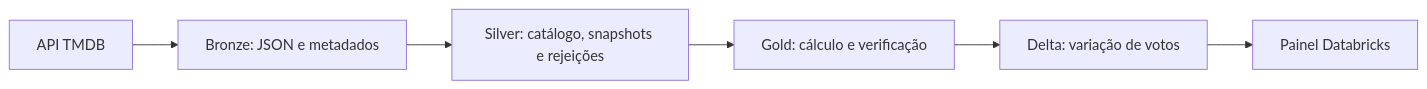
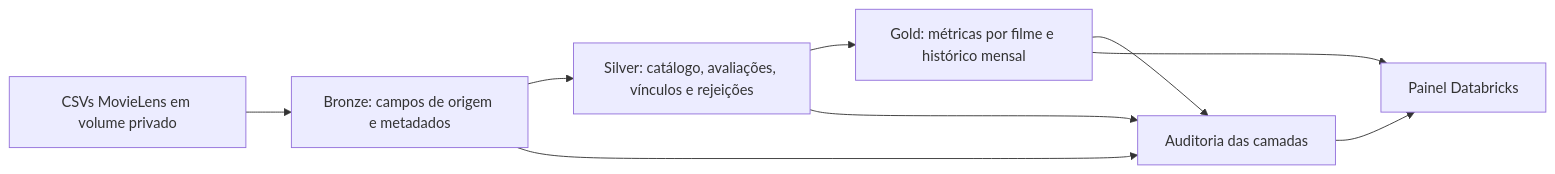
One commit to andersoncsgo/medialens-lakehouse changed the diagram in README.md. Above: the diagram before and after it, drawn with Mermaid. The commit also changed other lines of this file and 14 other files, not shown here.

````diff
--- a/README.md
+++ b/README.md
@@ -13,8 +19,11 @@
 ```mermaid
 flowchart LR
-    A[API TMDB] --> B[Bronze: JSON e metadados]
-    B --> S[Silver: catálogo, snapshots e rejeições]
-    S --> Q[Gold: cálculo e verificação]
-    Q --> G[Delta: variação de votos]
+    A[CSVs MovieLens em volume privado] --> B[Bronze: campos de origem e metadados]
+    B --> S[Silver: catálogo, avaliações, vínculos e rejeições]
+    S --> G[Gold: métricas por filme e histórico mensal]
+    B --> Q[Auditoria das camadas]
+    S --> Q
+    G --> Q
     G --> D[Painel Databricks]
+    Q --> D
 ```
````
